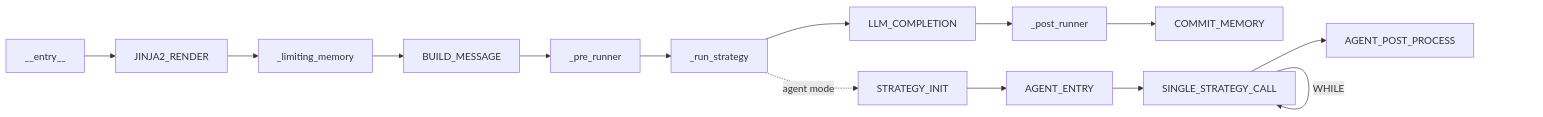
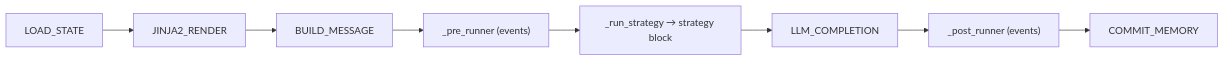
One commit to AmritaBot/AmritaCore changed the first of 2 diagrams in docs/docs/guide/advanced/workflow-engine.md. Above: the diagram before and after it, drawn with Mermaid. The commit also changed other lines of this file and 179 other files, not shown here.

````diff
--- a/docs/docs/guide/advanced/workflow-engine.md
+++ b/docs/docs/guide/advanced/workflow-engine.md
@@ -27,16 +8,10 @@
 ```mermaid
-graph LR
-    A[__entry__] --> B[JINJA2_RENDER]
-    B --> C[_limiting_memory]
-    C --> D[BUILD_MESSAGE]
-    D --> E[_pre_runner]
-    E --> F[_run_strategy]
-    F --> G[LLM_COMPLETION]
-    G --> H[_post_runner]
-    H --> I[COMMIT_MEMORY]
-    F -.->|agent mode| J[STRATEGY_INIT]
-    J --> K[AGENT_ENTRY]
-    K --> L[SINGLE_STRATEGY_CALL]
-    L -->|WHILE| L
-    L --> M[AGENT_POST_PROCESS]
+flowchart LR
+    A["LOAD_STATE"] --> B["JINJA2_RENDER"]
+    B --> C["BUILD_MESSAGE"]
+    C --> D["_pre_runner (events)"]
+    D --> E["_run_strategy → strategy block"]
+    E --> F["LLM_COMPLETION"]
+    F --> G["_post_runner (events)"]
+    G --> H["COMMIT_MEMORY"]
 ```
````
